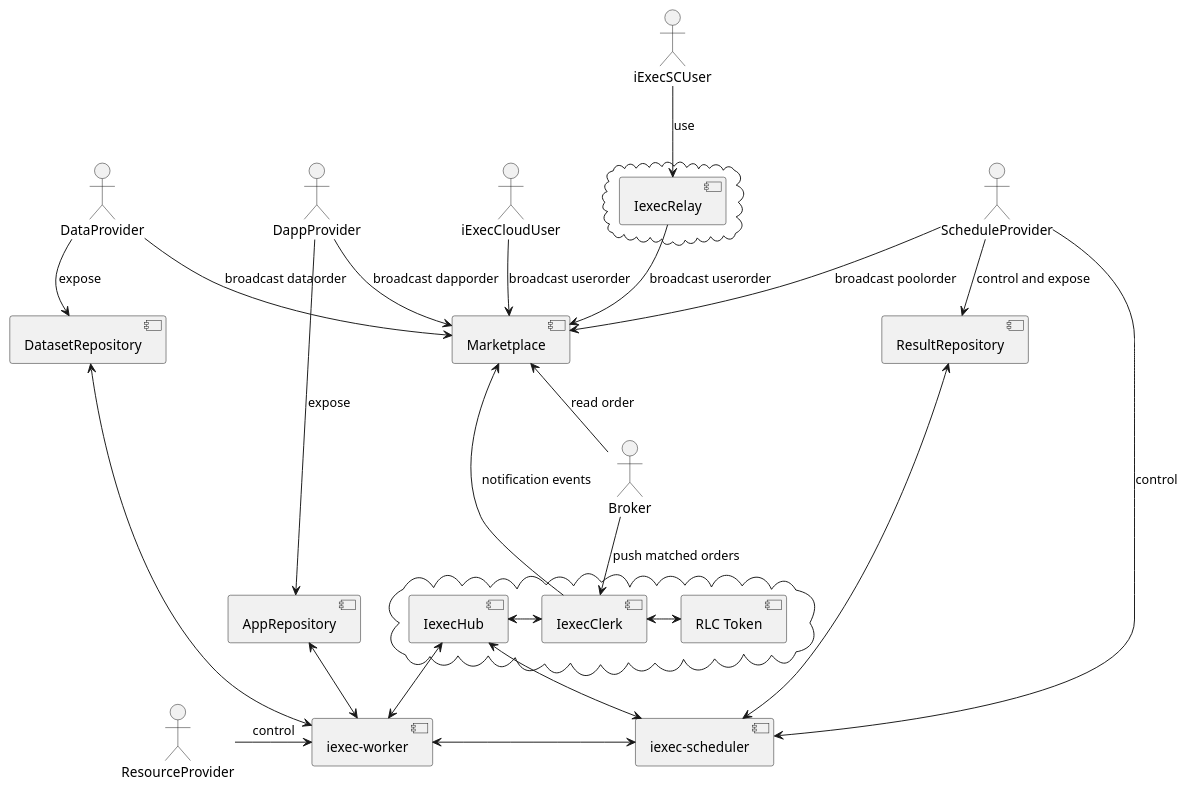
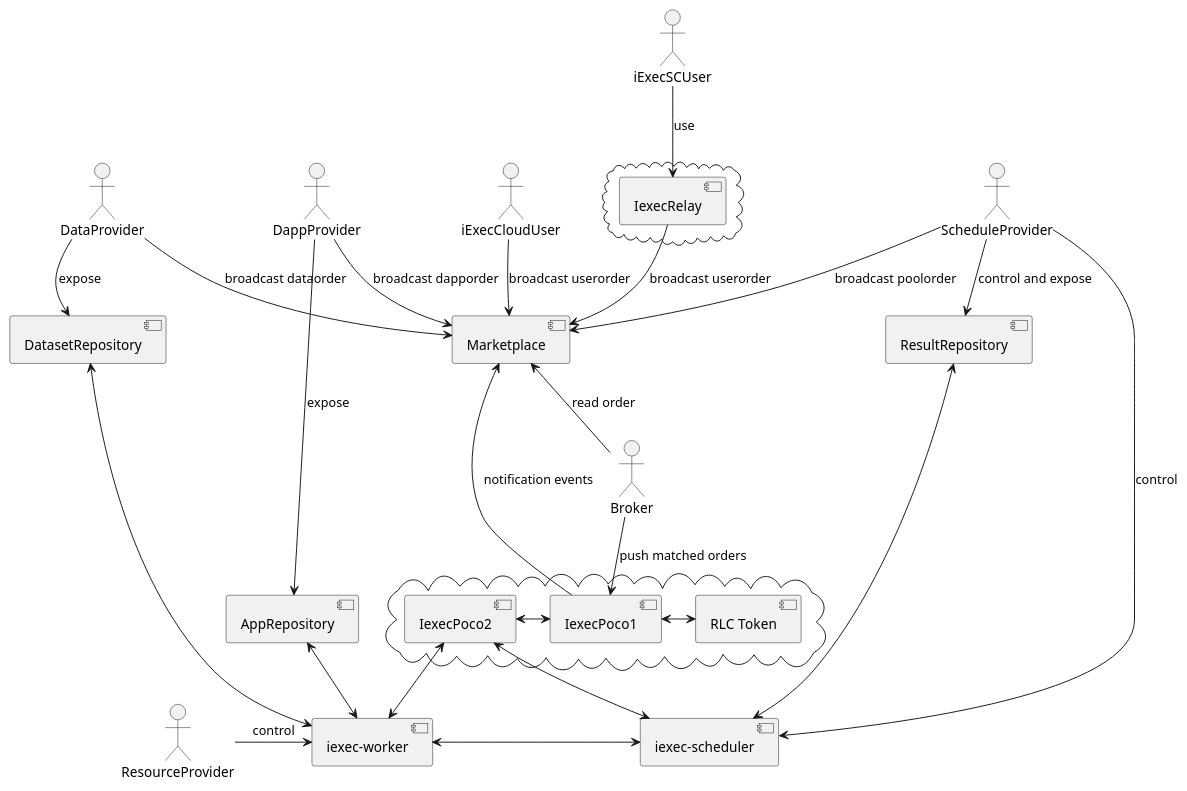
The diagram in uml/architecture-ODB.puml (iExecBlockchainComputing/PoCo), drawn with PlantUML before and after one commit. The commit also changed 6 other files, not shown here.

Commit message:
Rename IexecClerk/IexecHub to IexecPoco1/IexecPoco2 in uml dir

```diff
--- a/uml/architecture-ODB.puml
+++ b/uml/architecture-ODB.puml
@@ -1,64 +1,64 @@
 @startuml
 :iExecCloudUser:
 :iExecSCUser:
 :DappProvider:
 :DataProvider:
 :ScheduleProvider:
 :ResourceProvider:
 :Broker:
 
 cloud {
   [IexecRelay]
 }
 component [IexecRelay]
 iExecSCUser -down-> [IexecRelay]: use
 
 component [Marketplace]
 [IexecRelay] -down-> [Marketplace]: broadcast userorder
 iExecCloudUser -down-> [Marketplace]: broadcast userorder
 DappProvider -down-> [Marketplace]: broadcast dapporder
 DataProvider -down-> [Marketplace]: broadcast dataorder
 ScheduleProvider -down-> [Marketplace]: broadcast poolorder
 Broker -up-> [Marketplace]: read order
 
 cloud {
-  [IexecClerk]
-  [IexecHub]
+  [IexecPoco1]
+  [IexecPoco2]
   [RLC Token]
 }
-component [IexecClerk]
-component [IexecHub]
+component [IexecPoco1]
+component [IexecPoco2]
 component [RLC Token]
-[IexecHub] <-right-> [IexecClerk]
-[IexecClerk] <-right-> [RLC Token]
+[IexecPoco2] <-right-> [IexecPoco1]
+[IexecPoco1] <-right-> [RLC Token]
 
-Broker -down-> [IexecClerk]: push matched orders
-[IexecClerk] -up-> [Marketplace]: notification events
+Broker -down-> [IexecPoco1]: push matched orders
+[IexecPoco1] -up-> [Marketplace]: notification events
 
-[iexec-scheduler] <-up-> [IexecHub]
-[iexec-worker] <-up-> [IexecHub]
+[iexec-scheduler] <-up-> [IexecPoco2]
+[iexec-worker] <-up-> [IexecPoco2]
 
 
 
 
 
 component [AppRepository]
 component [DatasetRepository]
 component [iexec-scheduler]
 component [iexec-worker]
 component [ResultRepository]
 
 DappProvider -down-> AppRepository: expose
 DataProvider -down-> DatasetRepository: expose
 ScheduleProvider -down-> [iexec-scheduler]: control
 ScheduleProvider -down-> [ResultRepository]: control and expose
 ResultRepository <-right-> [iexec-scheduler]
 
 
 
 [ResourceProvider] -right-> [iexec-worker]: control
 
 [iexec-worker] <-right-> [iexec-scheduler]
 [iexec-worker] <-up-> [AppRepository]
 [iexec-worker] <-up-> [DatasetRepository]
 @enduml
```
